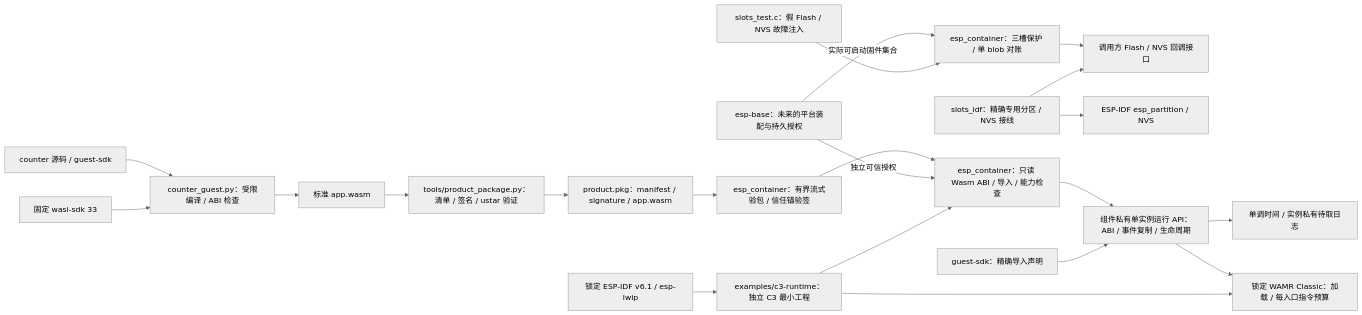
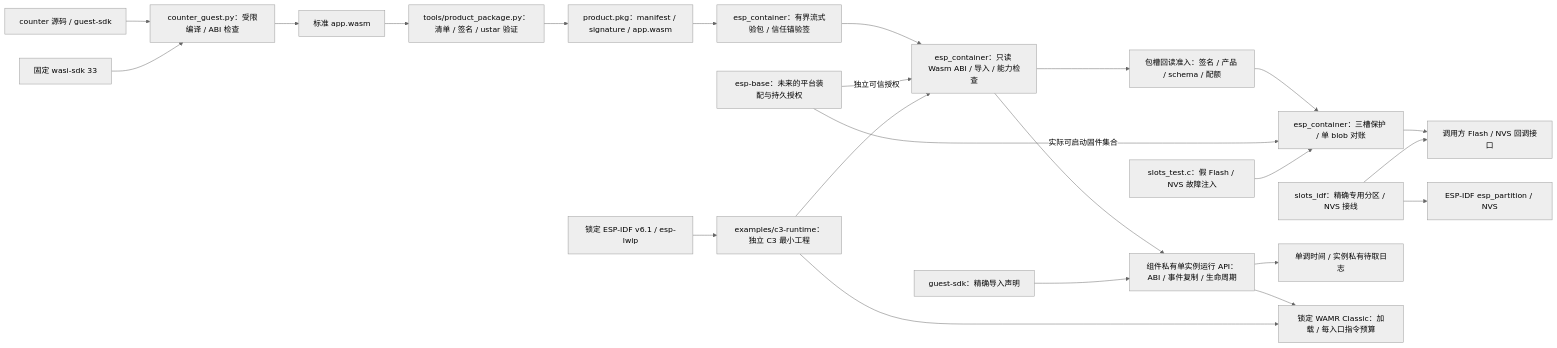
Before and after one commit to darren-you/esp-container: the diagram in README.md, drawn with Mermaid (neutral theme). The commit also changed other lines of this file and 15 other files, not shown here.

````diff
--- a/README.md
+++ b/README.md
@@ -7,24 +7,26 @@
 ```mermaid
 flowchart LR
     product["counter 源码 / guest-sdk"] --> guest["counter_guest.py：受限编译 / ABI 检查"]
     wasi["固定 wasi-sdk 33"] --> guest
     guest --> wasm["标准 app.wasm"]
     wasm --> tool["tools/product_package.py：清单 / 签名 / ustar 验证"]
     tool --> pkg["product.pkg：manifest / signature / app.wasm"]
     pkg --> verifier["esp_container：有界流式验包 / 信任锚验签"]
     verifier --> scanner["esp_container：只读 Wasm ABI / 导入 / 能力检查"]
+    scanner --> admission["包槽回读准入：签名 / 产品 / schema / 配额"]
+    admission --> slots
     base -->|"独立可信授权"| scanner
     base -->|"实际可启动固件集合"| slots
     slot_tests["slots_test.c：假 Flash / NVS 故障注入"] --> slots["esp_container：三槽保护 / 单 blob 对账"]
     slots --> slot_callbacks["调用方 Flash / NVS 回调接口"]
     idf_provider["slots_idf：精确专用分区 / NVS 接线"] --> slot_callbacks
     idf_provider --> idf_storage["ESP-IDF esp_partition / NVS"]
     scanner --> runtime["组件私有单实例运行 API：ABI / 事件复制 / 生命周期"]
     sdk["guest-sdk：精确导入声明"] --> runtime
     runtime --> host["单调时间 / 实例私有待取日志"]
     runtime --> wamr["锁定 WAMR Classic：加载 / 每入口指令预算"]
     sample["examples/c3-runtime：独立 C3 最小工程"] --> scanner
     sample --> wamr
     idf["锁定 ESP-IDF v6.1 / esp-lwip"] --> sample
     base["esp-base：未来的平台装配与持久授权"]
 ```
````
